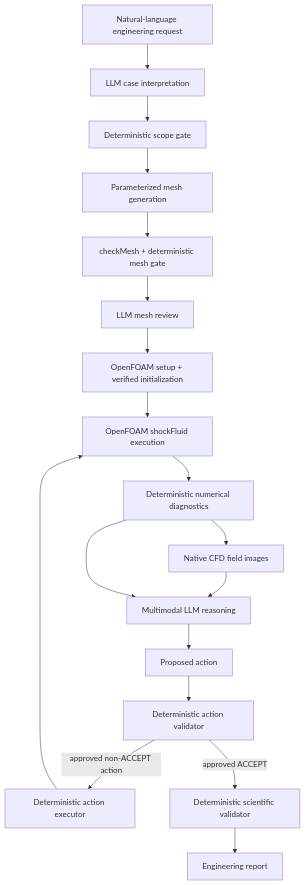
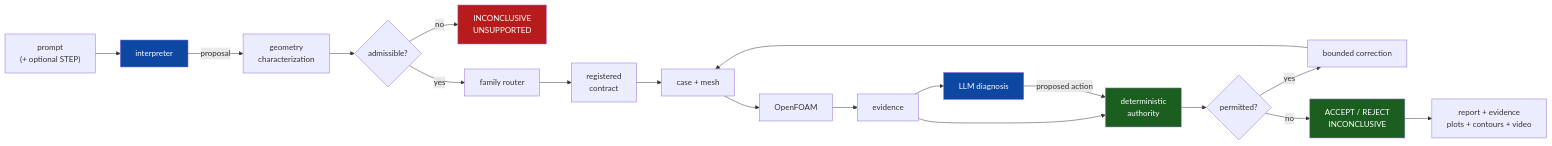
One commit to aakashoza31/physics-constrained-cfd-agent changed the diagram in README.md. Above: the diagram before and after it, drawn with Mermaid. The commit also changed other lines of this file and 229 other files, not shown here.

````diff
--- a/README.md
+++ b/README.md
@@ -31,20 +19,25 @@
 ```mermaid
-flowchart TD
-    A[Natural-language engineering request] --> B[LLM case interpretation]
-    B --> C[Deterministic scope gate]
-    C --> D[Parameterized mesh generation]
-    D --> E[checkMesh + deterministic mesh gate]
-    E --> F[LLM mesh review]
-    F --> G[OpenFOAM setup + verified initialization]
-    G --> H[OpenFOAM shockFluid execution]
-    H --> I[Deterministic numerical diagnostics]
-    I --> J[Native CFD field images]
-    J --> K[Multimodal LLM reasoning]
-    I --> K
-    K --> L[Proposed action]
-    L --> M[Deterministic action validator]
-    M -->|approved non-ACCEPT action| N[Deterministic action executor]
-    N --> H
-    M -->|approved ACCEPT| O[Deterministic scientific validator]
-    O --> P[Engineering report]
+flowchart LR
+    A["prompt<br/>(+ optional STEP)"] --> B[interpreter]
+    B -->|proposal| C[geometry<br/>characterization]
+    C --> D{admissible?}
+    D -->|no| X["INCONCLUSIVE<br/>UNSUPPORTED"]
+    D -->|yes| E[family router]
+    E --> F[registered<br/>contract]
+    F --> G[case + mesh]
+    G --> H[OpenFOAM]
+    H --> I[evidence]
+    I --> J[LLM diagnosis]
+    I --> K[deterministic<br/>authority]
+    J -->|proposed action| K
+    K --> L{permitted?}
+    L -->|yes| M[bounded correction] --> G
+    L -->|no| N["ACCEPT / REJECT<br/>INCONCLUSIVE"]
+    N --> O["report + evidence<br/>plots + contours + video"]
+
+    style B fill:#0d47a1,color:#fff
+    style J fill:#0d47a1,color:#fff
+    style K fill:#1b5e20,color:#fff
+    style N fill:#1b5e20,color:#fff
+    style X fill:#b71c1c,color:#fff
 ```
````
